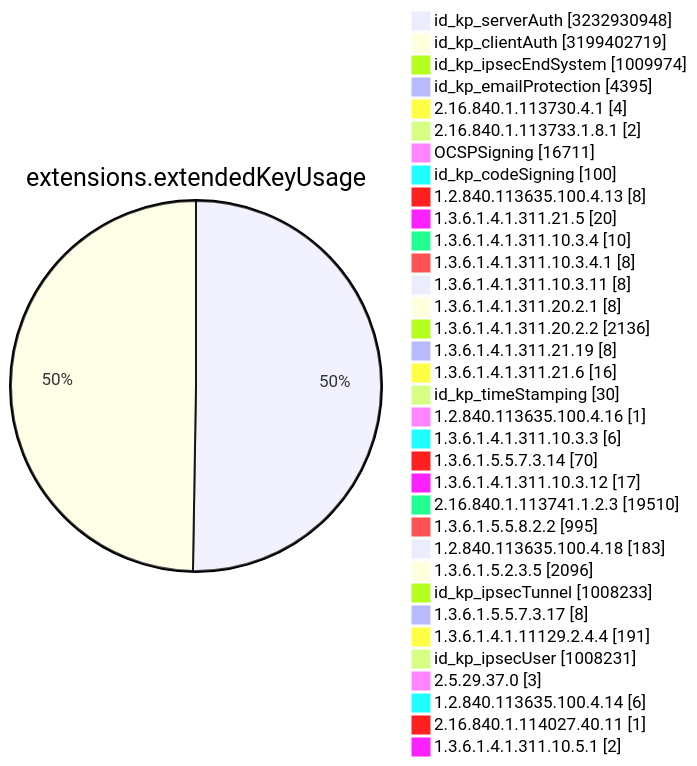
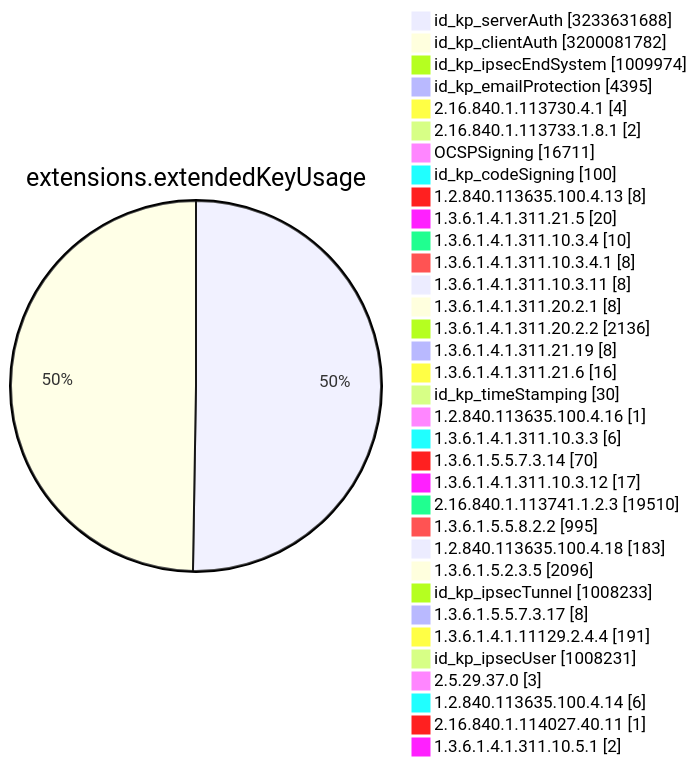
Diagram 11 of 15 in TOTAL/README.md (christiankrug/ctmonitor_visualization), drawn with Mermaid before and after one commit. The commit also changed other lines of this file, not shown here.

````diff
--- a/TOTAL/README.md
+++ b/TOTAL/README.md
@@ -4119,38 +4119,38 @@
 ```mermaid
 pie showData
 title extensions.extendedKeyUsage
-"id_kp_serverAuth" :3232930948
-"id_kp_clientAuth" :3199402719
+"id_kp_serverAuth" :3233631688
+"id_kp_clientAuth" :3200081782
 "id_kp_ipsecEndSystem" :1009974
 "id_kp_emailProtection" :4395
 "2.16.840.1.113730.4.1" :4
 "2.16.840.1.113733.1.8.1" :2
 "OCSPSigning" :16711
 "id_kp_codeSigning" :100
 "1.2.840.113635.100.4.13" :8
 "1.3.6.1.4.1.311.21.5" :20
 "1.3.6.1.4.1.311.10.3.4" :10
 "1.3.6.1.4.1.311.10.3.4.1" :8
 "1.3.6.1.4.1.311.10.3.11" :8
 "1.3.6.1.4.1.311.20.2.1" :8
 "1.3.6.1.4.1.311.20.2.2" :2136
 "1.3.6.1.4.1.311.21.19" :8
 "1.3.6.1.4.1.311.21.6" :16
 "id_kp_timeStamping" :30
 "1.2.840.113635.100.4.16" :1
 "1.3.6.1.4.1.311.10.3.3" :6
 "1.3.6.1.5.5.7.3.14" :70
 "1.3.6.1.4.1.311.10.3.12" :17
 "2.16.840.1.113741.1.2.3" :19510
 "1.3.6.1.5.5.8.2.2" :995
 "1.2.840.113635.100.4.18" :183
 "1.3.6.1.5.2.3.5" :2096
 "id_kp_ipsecTunnel" :1008233
 "1.3.6.1.5.5.7.3.17" :8
 "1.3.6.1.4.1.11129.2.4.4" :191
 "id_kp_ipsecUser" :1008231
 "2.5.29.37.0" :3
 "1.2.840.113635.100.4.14" :6
 "2.16.840.1.114027.40.11" :1
 "1.3.6.1.4.1.311.10.5.1" :2
 ```
````
